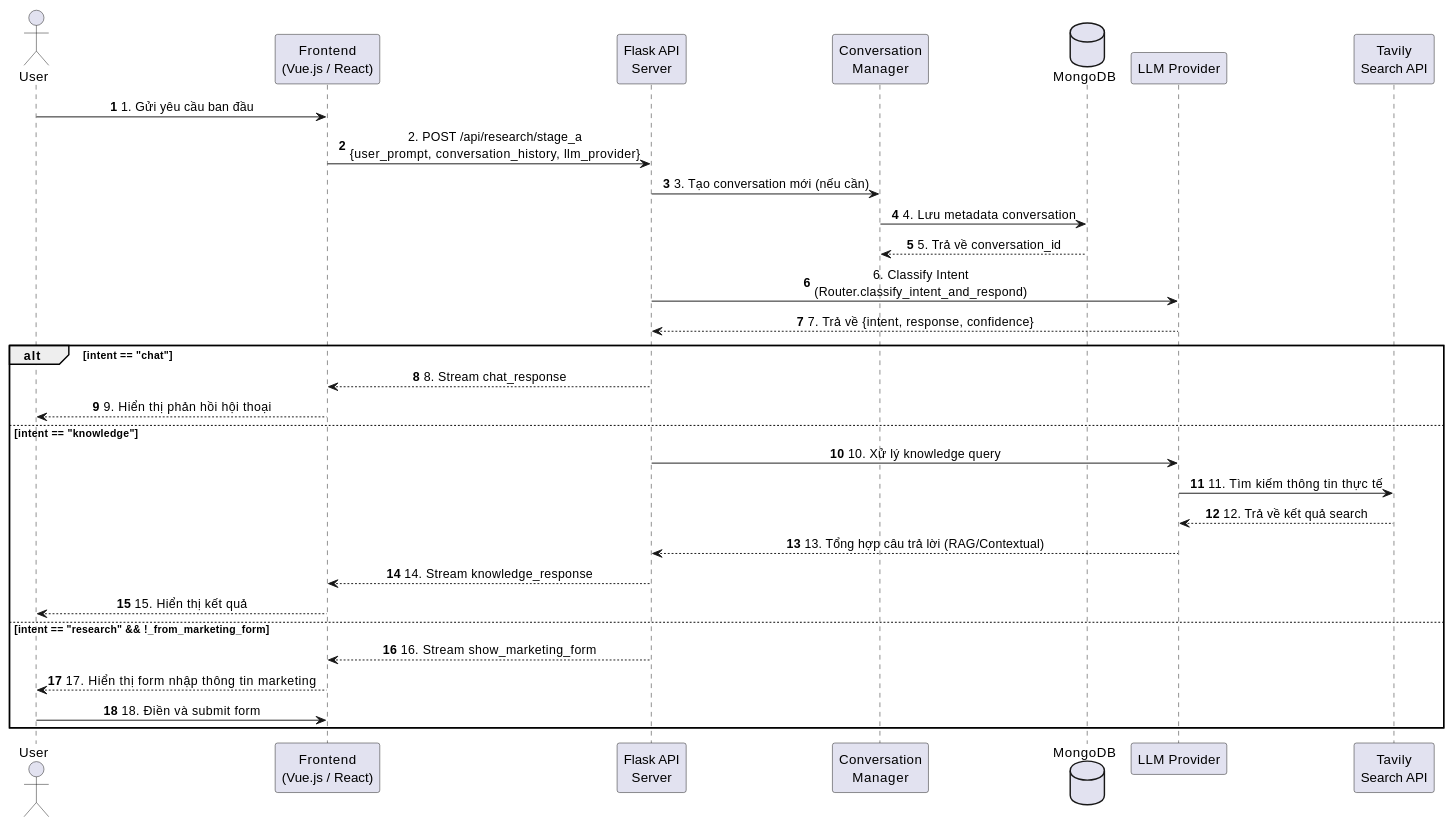
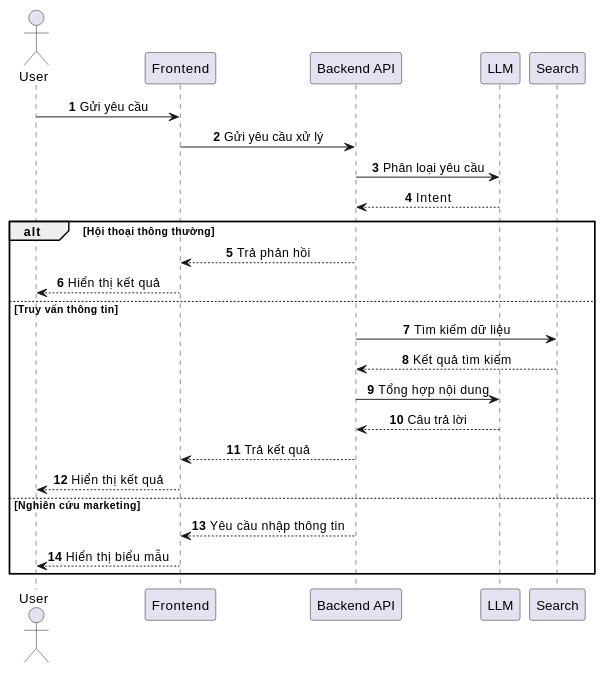
One commit to vien10022003/MarketMind-AI changed the sixth of 12 diagrams in diagram.md. Above: the diagram before and after it, drawn with PlantUML. The commit also changed other lines of this file, not shown here.

Commit message:
chỉnh sửa các biểu đồ trong báo cáo để dễ nhìn và dễ đọc hơn

```diff
--- a/diagram.md
+++ b/diagram.md
@@ -196,37 +178,35 @@
 @startuml
 autonumber
 skinparam sequenceMessageAlign center
 skinparam responseMessageBelowArrow true
 
-actor User as U
-participant "Frontend\n(Vue.js / React)" as FE
-participant "Flask API\nServer" as API
-participant "Conversation\nManager" as CM
-database "MongoDB" as DB
-participant "LLM Provider" as LLM
-participant "Tavily\nSearch API" as Tavily
+actor User
+participant Frontend
+participant "Backend API" as API
+participant LLM
+participant Search
 
-U -> FE: 1. Gửi yêu cầu ban đầu
-FE -> API: 2. POST /api/research/stage_a\n{user_prompt, conversation_history, llm_provider}
-API -> CM: 3. Tạo conversation mới (nếu cần)
-CM -> DB: 4. Lưu metadata conversation
-DB --> CM: 5. Trả về conversation_id
-API -> LLM: 6. Classify Intent\n(Router.classify_intent_and_respond)
-LLM --> API: 7. Trả về {intent, response, confidence}
+User -> Frontend: Gửi yêu cầu
+Frontend -> API: Gửi yêu cầu xử lý
 
-alt intent == "chat"
-    API --> FE: 8. Stream chat_response
-    FE --> U: 9. Hiển thị phản hồi hội thoại
-else intent == "knowledge"
-    API -> LLM: 10. Xử lý knowledge query
-    LLM -> Tavily: 11. Tìm kiếm thông tin thực tế
-    Tavily --> LLM: 12. Trả về kết quả search
-    LLM --> API: 13. Tổng hợp câu trả lời (RAG/Contextual)
-    API --> FE: 14. Stream knowledge_response
-    FE --> U: 15. Hiển thị kết quả
-else intent == "research" && !_from_marketing_form
-    API --> FE: 16. Stream show_marketing_form
-    FE --> U: 17. Hiển thị form nhập thông tin marketing
-    U -> FE: 18. Điền và submit form
+API -> LLM: Phân loại yêu cầu
+LLM --> API: Intent
+
+alt Hội thoại thông thường
+API --> Frontend: Trả phản hồi
+Frontend --> User: Hiển thị kết quả
+
+else Truy vấn thông tin
+API -> Search: Tìm kiếm dữ liệu
+Search --> API: Kết quả tìm kiếm
+API -> LLM: Tổng hợp nội dung
+LLM --> API: Câu trả lời
+API --> Frontend: Trả kết quả
+Frontend --> User: Hiển thị kết quả
+
+else Nghiên cứu marketing
+API --> Frontend: Yêu cầu nhập thông tin
+Frontend --> User: Hiển thị biểu mẫu
 end
+
 @enduml
```
